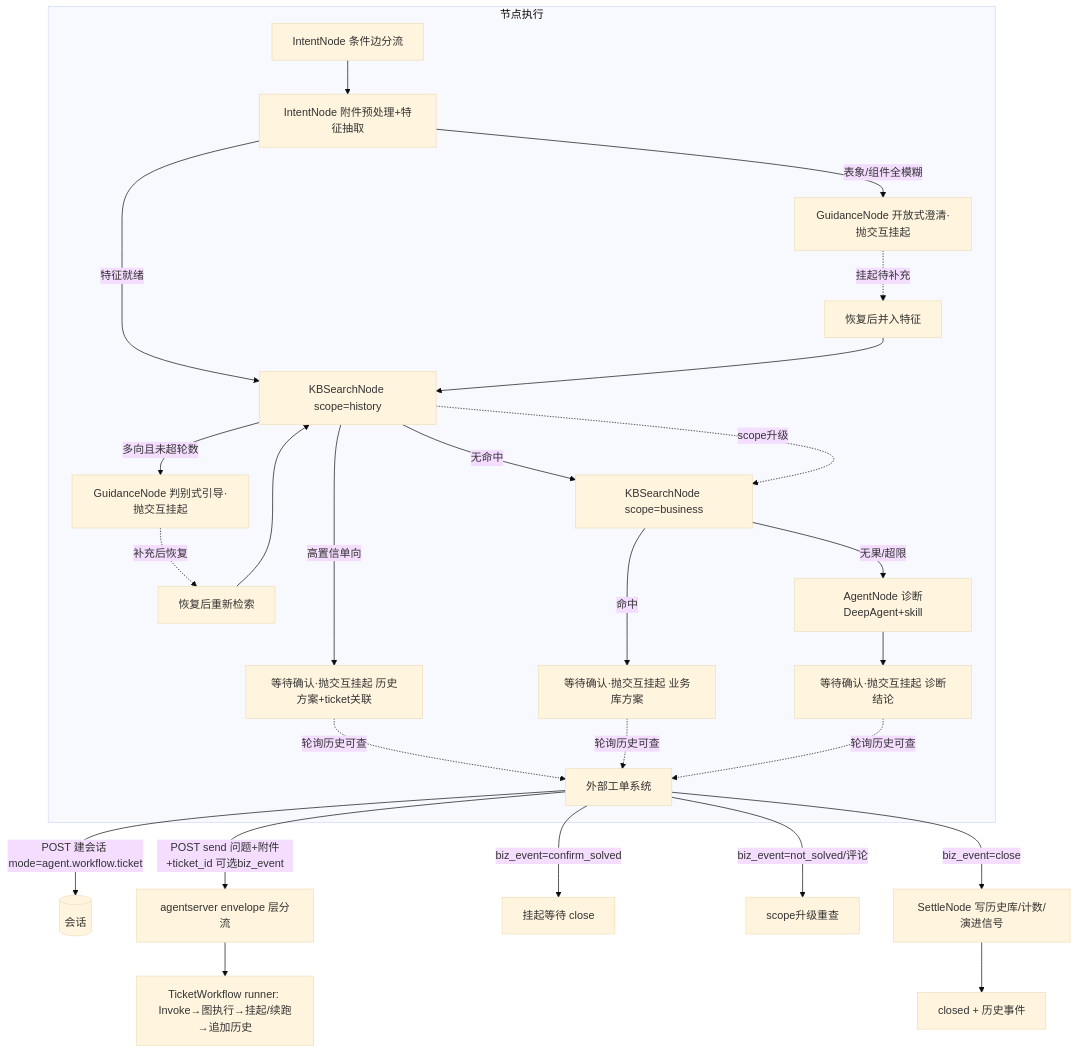
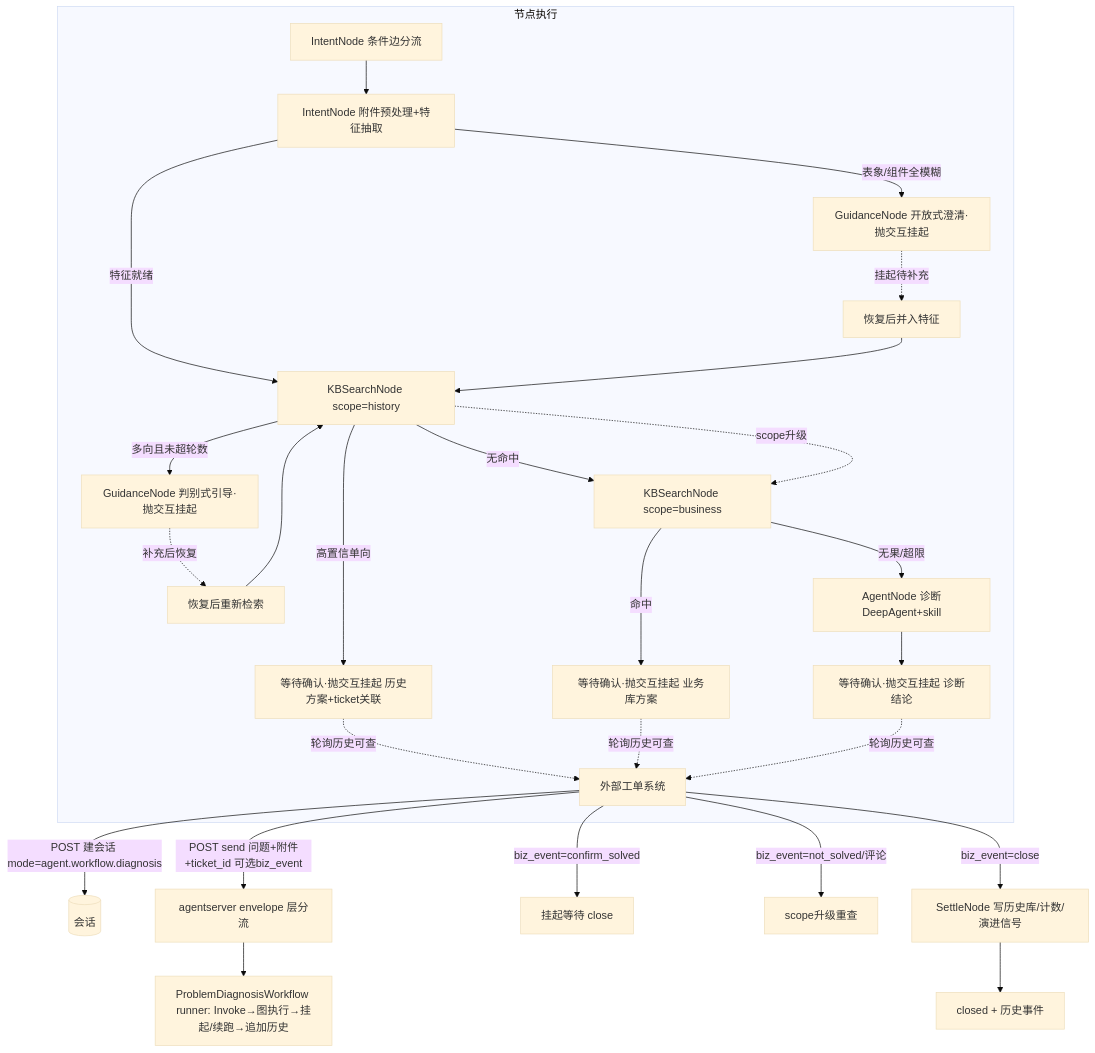
The diagram in docs/superpowers/specs/2026-11-26-ticket-workflow-design.md (CrazyLichen/uapclaw-go), drawn with Mermaid (base theme) before and after one commit. The commit also changed other lines of this file, not shown here.

Commit message:
docs(spec): 更名问题定位工作流（工单仅为外部载体）；mode 改 agent.workflow.diagnosis；聊天工具收敛为单工具 diagnose_problem（恢复走中断应答重放同一 tool call）

````diff
--- a/docs/superpowers/specs/2026-11-26-ticket-workflow-design.md
+++ b/docs/superpowers/specs/2026-11-26-ticket-workflow-design.md
@@ -172,29 +173,29 @@
 ```mermaid
 flowchart TD
-    EXT[外部工单系统] -->|POST 建会话 mode=agent.workflow.ticket| SES[(会话)]
+    EXT[外部工单系统] -->|POST 建会话 mode=agent.workflow.diagnosis| SES[(会话)]
     EXT -->|POST send 问题+附件+ticket_id 可选biz_event| AS[agentserver envelope 层分流]
-    AS --> WF[TicketWorkflow runner: Invoke→图执行→挂起/续跑→追加历史]
+    AS --> WF[ProblemDiagnosisWorkflow runner: Invoke→图执行→挂起/续跑→追加历史]
 
     subgraph 节点执行
         R[IntentNode 条件边分流] --> I[IntentNode 附件预处理+特征抽取]
         I -->|表象/组件全模糊| G1[GuidanceNode 开放式澄清·抛交互挂起]
         I -->|特征就绪| K[KBSearchNode scope=history]
         G1 -.挂起待补充.-> G1R[恢复后并入特征]
         G1R --> K
         K -->|高置信单向| WC1[等待确认·抛交互挂起 历史方案+ticket关联]
         K -->|多向且未超轮数| G2[GuidanceNode 判别式引导·抛交互挂起]
         G2 -.补充后恢复.-> G2R[恢复后重新检索]
         G2R --> K
         K -->|无命中| K2[KBSearchNode scope=business]
         K -.scope升级.-> K2
         K2 -->|命中| WC2[等待确认·抛交互挂起 业务库方案]
         K2 -->|无果/超限| A[AgentNode 诊断DeepAgent+skill]
         A --> WC3[等待确认·抛交互挂起 诊断结论]
         WC1 & WC2 & WC3 -.轮询历史可查.-> EXT
     end
 
     EXT -->|biz_event=confirm_solved| PEND[挂起等待 close]
     EXT -->|biz_event=not_solved/评论| UP[scope升级重查]
     EXT -->|biz_event=close| S[SettleNode 写历史库/计数/演进信号]
     S --> CL[closed + 历史事件]
 ```
````
